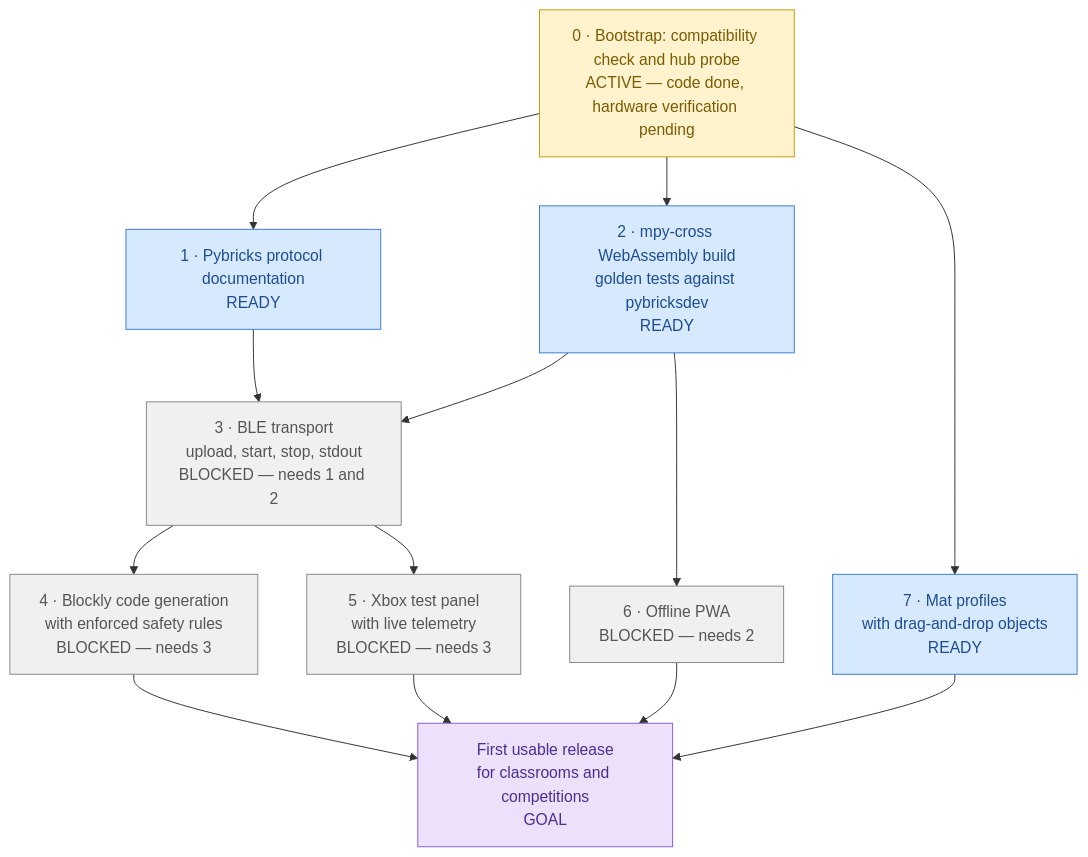
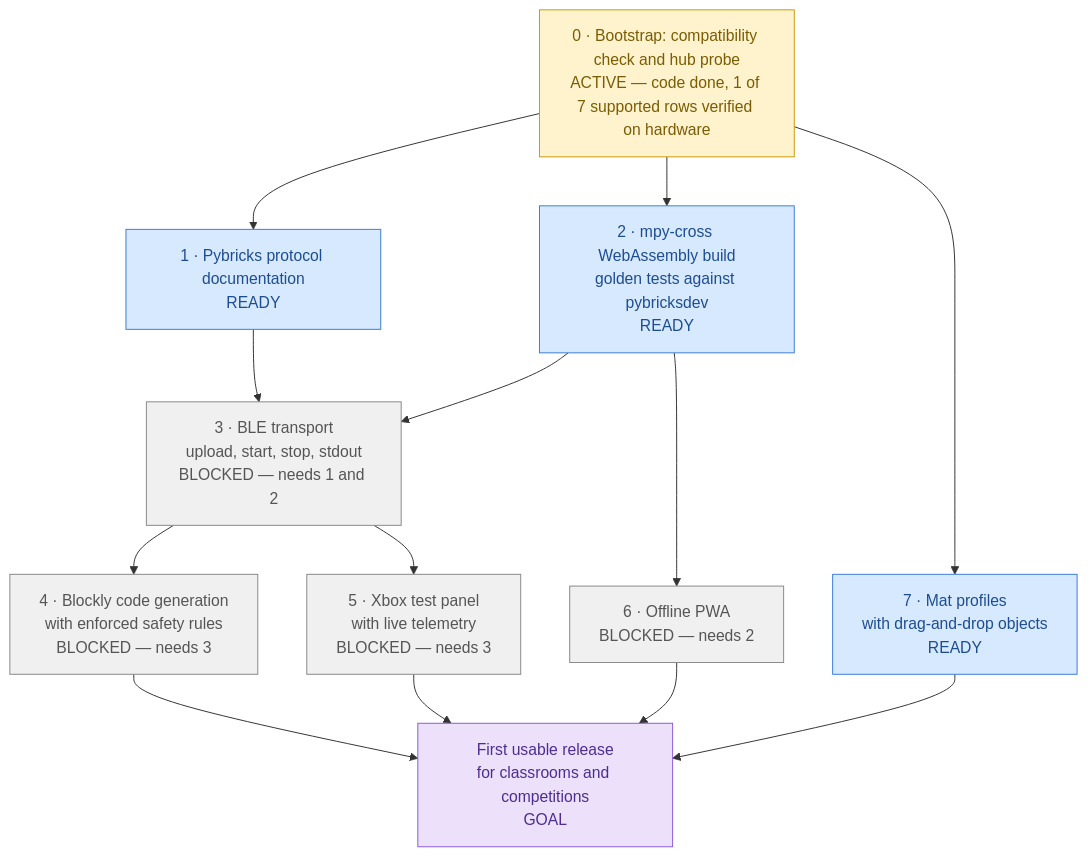
The diagram in docs/roadmap.md (lumduan/matpilot), drawn with Mermaid before and after one commit. The commit also changed other lines of this file and 2 other files, not shown here.

First line of the commit message:
docs(compat): record the first hardware verification (Chrome on macOS)

````diff
--- a/docs/roadmap.md
+++ b/docs/roadmap.md
@@ -10,36 +10,36 @@
 ```mermaid
 flowchart TD
-    M0["0 · Bootstrap: compatibility check and hub probe<br/>ACTIVE — code done, hardware verification pending"]
+    M0["0 · Bootstrap: compatibility check and hub probe<br/>ACTIVE — code done, 1 of 7 supported rows verified on hardware"]
     M1["1 · Pybricks protocol documentation<br/>READY"]
     M2["2 · mpy-cross WebAssembly build<br/>golden tests against pybricksdev<br/>READY"]
     M3["3 · BLE transport<br/>upload, start, stop, stdout<br/>BLOCKED — needs 1 and 2"]
     M4["4 · Blockly code generation<br/>with enforced safety rules<br/>BLOCKED — needs 3"]
     M5["5 · Xbox test panel<br/>with live telemetry<br/>BLOCKED — needs 3"]
     M6["6 · Offline PWA<br/>BLOCKED — needs 2"]
     M7["7 · Mat profiles<br/>with drag-and-drop objects<br/>READY"]
     GOAL["First usable release<br/>for classrooms and competitions<br/>GOAL"]
 
     M0 --> M1
     M0 --> M2
     M0 --> M7
     M1 --> M3
     M2 --> M3
     M3 --> M4
     M3 --> M5
     M2 --> M6
     M4 --> GOAL
     M5 --> GOAL
     M6 --> GOAL
     M7 --> GOAL
 
     classDef done     fill:#d4f4dd,stroke:#2d8a4e,color:#1a5c33
     classDef active   fill:#fff3cd,stroke:#cc9a06,color:#7a5c04
     classDef ready    fill:#d6e9ff,stroke:#3b7dd8,color:#1e4d8f
     classDef blocked  fill:#f0f0f0,stroke:#888,color:#555
     classDef goal     fill:#ede0fb,stroke:#8a5cd8,color:#4d2e8f
 
     class M0 active
     class M1,M2,M7 ready
     class M3,M4,M5,M6 blocked
     class GOAL goal
 ```
````
